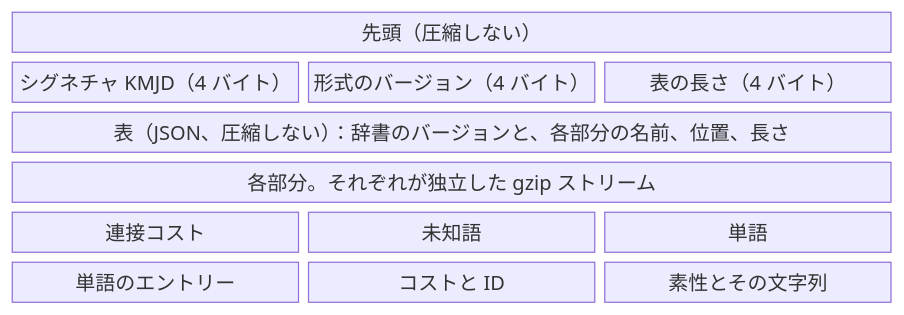
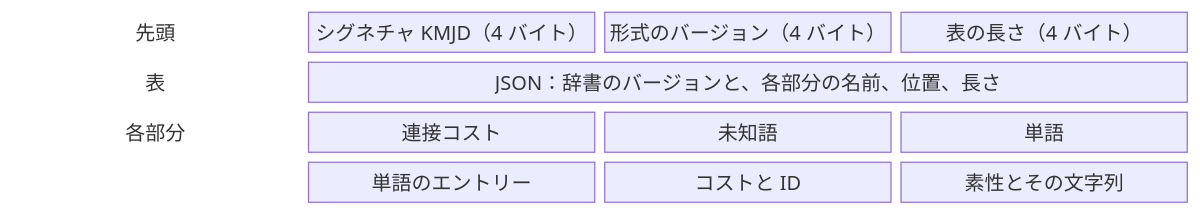
Before and after one commit to azu/kuromojin: the first of 4 diagrams in docs/products/kuromojin/features/dictionary/design.ja.md, drawn with Mermaid. The commit also changed other lines of this file and 1 other file, not shown here.

Commit message:
docs: name the regions of the file beside the diagram
Claude-Session: https://claude.ai/code/session_01TSdrAH6Tzz3ZGQ3oqCpGZ5

````diff
--- a/docs/products/kuromojin/features/dictionary/design.ja.md
+++ b/docs/products/kuromojin/features/dictionary/design.ja.md
@@ -78,10 +78,11 @@
 ```mermaid
 block-beta
-    columns 3
-    h["先頭（圧縮しない）"]:3
-    s["シグネチャ KMJD（4 バイト）"] v["形式のバージョン（4 バイト）"] l["表の長さ（4 バイト）"]
-    t["表（JSON、圧縮しない）：辞書のバージョンと、各部分の名前、位置、長さ"]:3
-    ph["各部分。それぞれが独立した gzip ストリーム"]:3
-    p1["連接コスト"] p2["未知語"] p3["単語"]
-    p4["単語のエントリー"] p5["コストと ID"] p6["素性とその文字列"]
+    columns 4
+    a["先頭"] s["シグネチャ KMJD（4 バイト）"] v["形式のバージョン（4 バイト）"] l["表の長さ（4 バイト）"]
+    b["表"] t["JSON：辞書のバージョンと、各部分の名前、位置、長さ"]:3
+    c["各部分"] p1["連接コスト"] p2["未知語"] p3["単語"]
+    space p4["単語のエントリー"] p5["コストと ID"] p6["素性とその文字列"]
+    style a fill:none,stroke:none
+    style b fill:none,stroke:none
+    style c fill:none,stroke:none
 ```
````
